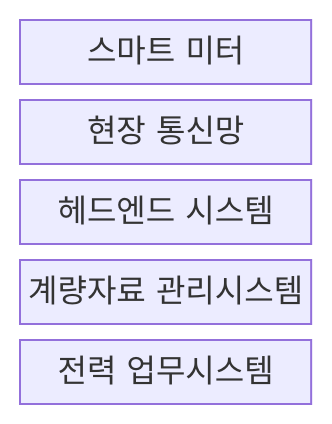
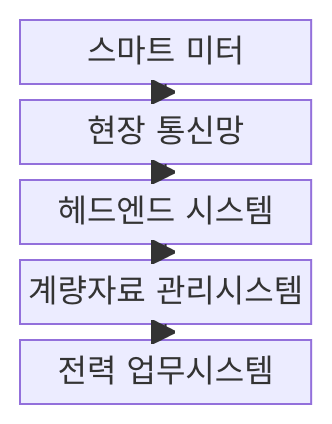
One commit to agnusdei1207/knowledge-base changed the first of 2 diagrams in src/content/docs/notes/04-network/084_advanced_metering_infrastructure.md. Above: the diagram before and after it, drawn with Mermaid. The commit also changed other lines of this file and 20 other files, not shown here.

````diff
--- a/src/content/docs/notes/04-network/084_advanced_metering_infrastructure.md
+++ b/src/content/docs/notes/04-network/084_advanced_metering_infrastructure.md
@@ -52,9 +57,13 @@
 ```mermaid
 block-beta
     columns 1
     METER["스마트 미터"]
     NETWORK["현장 통신망"]
     HES["헤드엔드 시스템"]
     MDMS["계량자료 관리시스템"]
     BIZ["전력 업무시스템"]
+    METER --> NETWORK
+    NETWORK --> HES
+    HES --> MDMS
+    MDMS --> BIZ
 ```
````
